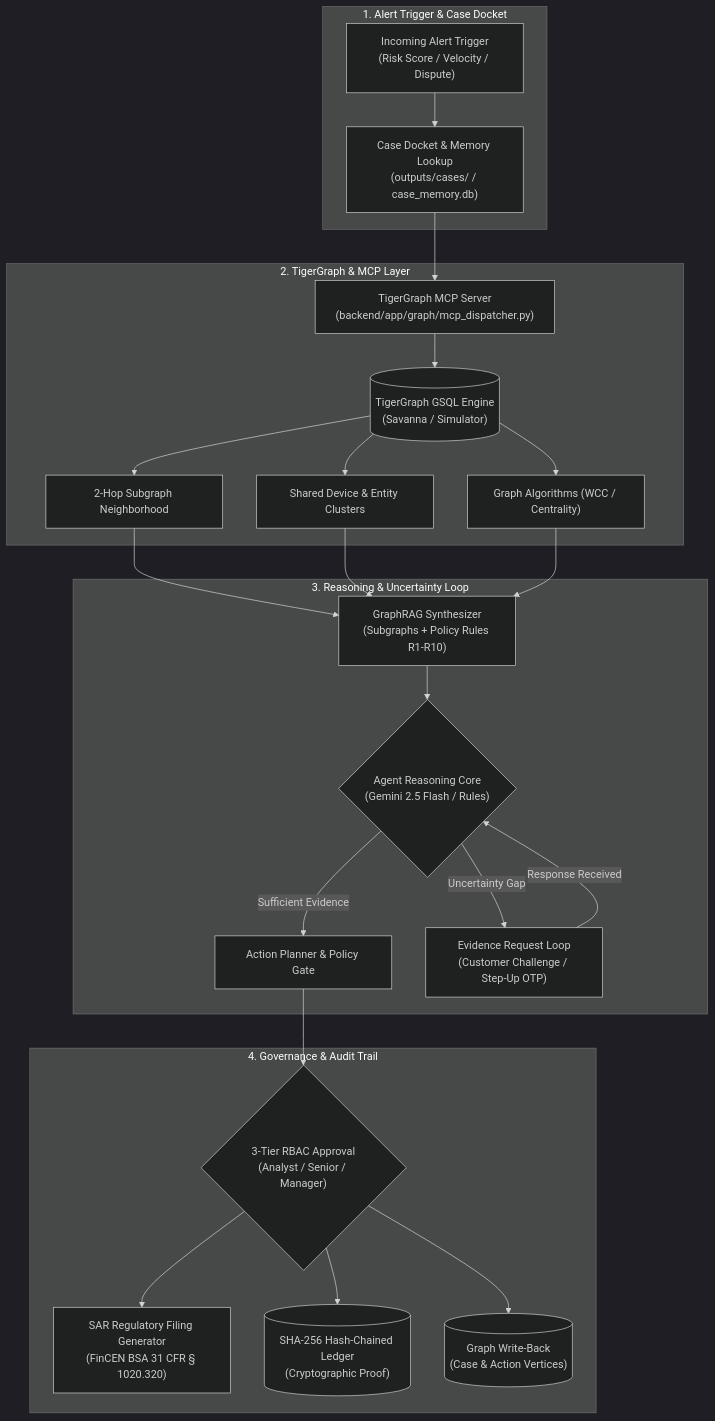
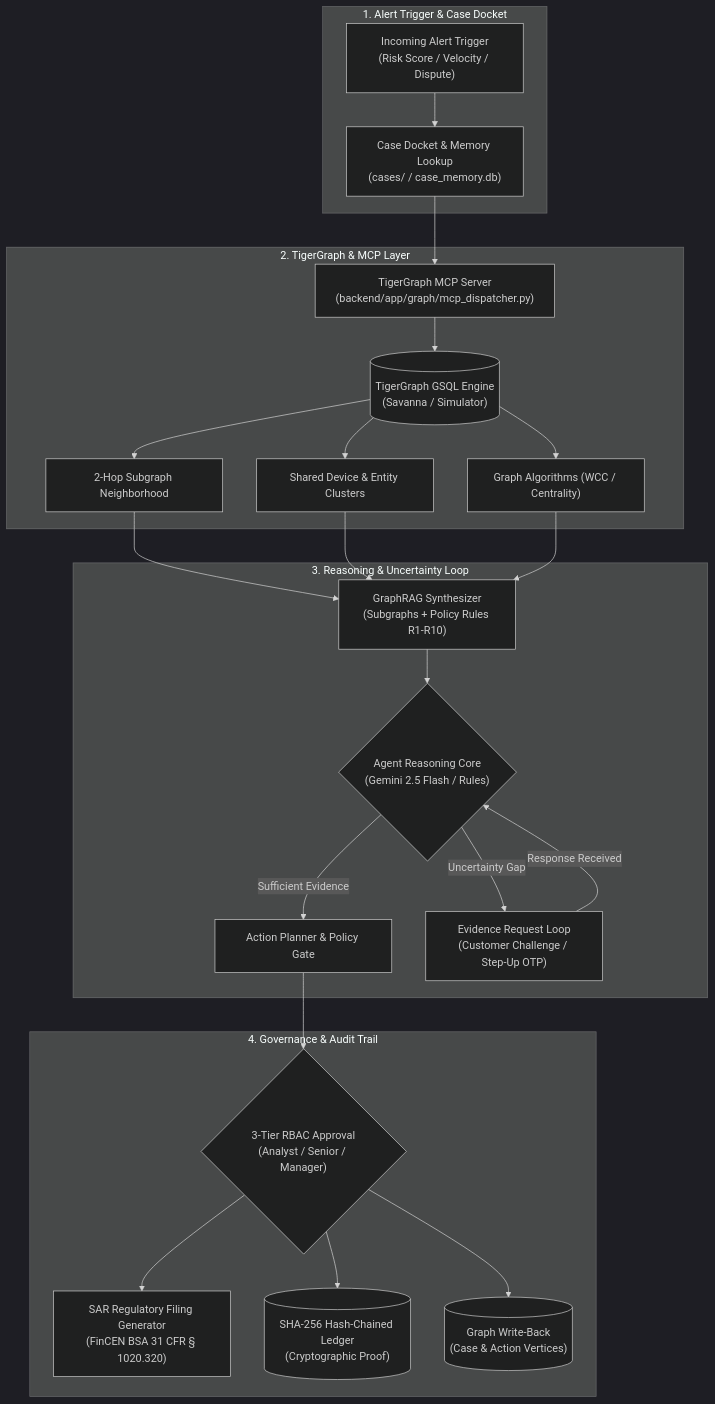
One commit to maitray-agrawal/TRACE-GOA changed the diagram in README.md. Above: the diagram before and after it, drawn with Mermaid (dark theme). The commit also changed other lines of this file and 23 other files, not shown here.

````diff
--- a/README.md
+++ b/README.md
@@ -55,29 +55,29 @@
 ```mermaid
 flowchart TD
     subgraph INGEST ["1. Alert Trigger & Case Docket"]
-        T["Incoming Alert Trigger\n(Risk Score / Velocity / Dispute)"] --> CD["Case Docket & Memory Lookup\n(outputs/cases/ / case_memory.db)"]
+        T["Incoming Alert Trigger\n(Risk Score / Velocity / Dispute)"] --> CD["Case Docket & Memory Lookup\n(cases/ / case_memory.db)"]
     end
 
     subgraph GRAPH ["2. TigerGraph & MCP Layer"]
         CD --> MCP["TigerGraph MCP Server\n(backend/app/graph/mcp_dispatcher.py)"]
         MCP --> TG[("TigerGraph GSQL Engine\n(Savanna / Simulator)")]
         TG --> G1["2-Hop Subgraph Neighborhood"]
         TG --> G2["Shared Device & Entity Clusters"]
         TG --> G3["Graph Algorithms (WCC / Centrality)"]
     end
 
     subgraph REASONING ["3. Reasoning & Uncertainty Loop"]
         G1 & G2 & G3 --> GRAG["GraphRAG Synthesizer\n(Subgraphs + Policy Rules R1-R10)"]
         GRAG --> AGENT{"Agent Reasoning Core\n(Gemini 2.5 Flash / Rules)"}
         AGENT -->|Sufficient Evidence| DEC["Action Planner & Policy Gate"]
         AGENT -->|Uncertainty Gap| STEP["Evidence Request Loop\n(Customer Challenge / Step-Up OTP)"]
         STEP -->|Response Received| AGENT
     end
 
     subgraph GOVERNANCE ["4. Governance & Audit Trail"]
         DEC --> RBAC{"3-Tier RBAC Approval\n(Analyst / Senior / Manager)"}
         RBAC --> SAR["SAR Regulatory Filing Generator\n(FinCEN BSA 31 CFR § 1020.320)"]
         RBAC --> LEDGER[("SHA-256 Hash-Chained Ledger\n(Cryptographic Proof)")]
         RBAC --> WB[("Graph Write-Back\n(Case & Action Vertices)")]
     end
 ```
````
